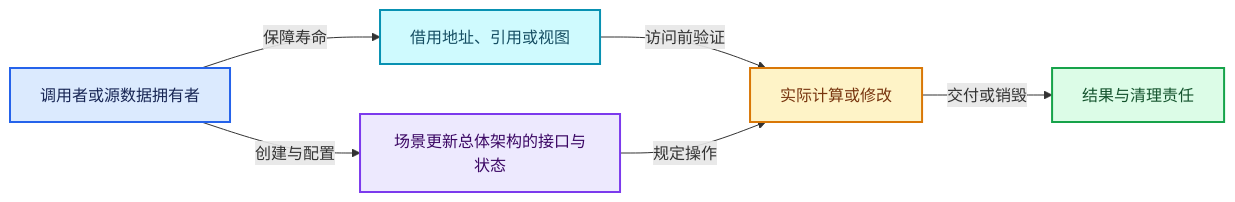
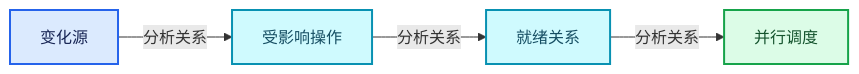
The third of 4 diagrams in 杂/markdown/全面学习-codex/11-Depsgraph与并行任务系统/01-场景更新总体架构.md (yunkezengren/blender-.vscode), drawn with Mermaid before and after one commit. The commit also changed other lines of this file and 1930 other files, not shown here.

````diff
--- a/杂/markdown/全面学习-codex/11-Depsgraph与并行任务系统/01-场景更新总体架构.md
+++ b/杂/markdown/全面学习-codex/11-Depsgraph与并行任务系统/01-场景更新总体架构.md
@@ -620,19 +57,16 @@
 ```mermaid
 flowchart LR
-  O["调用者或源数据拥有者"]:::input
-  V["场景更新总体架构的接口与状态"]:::abstraction
-  B["借用地址、引用或视图"]:::data
-  W["实际计算或修改"]:::compute
-  R["结果与清理责任"]:::result
-  O -->|"创建与配置"| V
-  O -->|"保障寿命"| B
-  B -->|"访问前验证"| W
-  V -->|"规定操作"| W
-  W -->|"交付或销毁"| R
+  P0["变化源"]:::input
+  P1["受影响操作"]:::data
+  P2["就绪关系"]:::data
+  P3["并行调度"]:::result
+  P0 -->|"分析关系"| P1
+  P1 -->|"分析关系"| P2
+  P2 -->|"分析关系"| P3
   classDef input fill:#DBEAFE,stroke:#2563EB,color:#172554,stroke-width:2px;
   classDef data fill:#CFFAFE,stroke:#0891B2,color:#164E63,stroke-width:2px;
   classDef abstraction fill:#EDE9FE,stroke:#7C3AED,color:#3B0764,stroke-width:2px;
   classDef compute fill:#FEF3C7,stroke:#D97706,color:#78350F,stroke-width:2px;
   classDef result fill:#DCFCE7,stroke:#16A34A,color:#14532D,stroke-width:2px;
   classDef error fill:#FEE2E2,stroke:#DC2626,color:#7F1D1D,stroke-width:2px;
 ```
````
